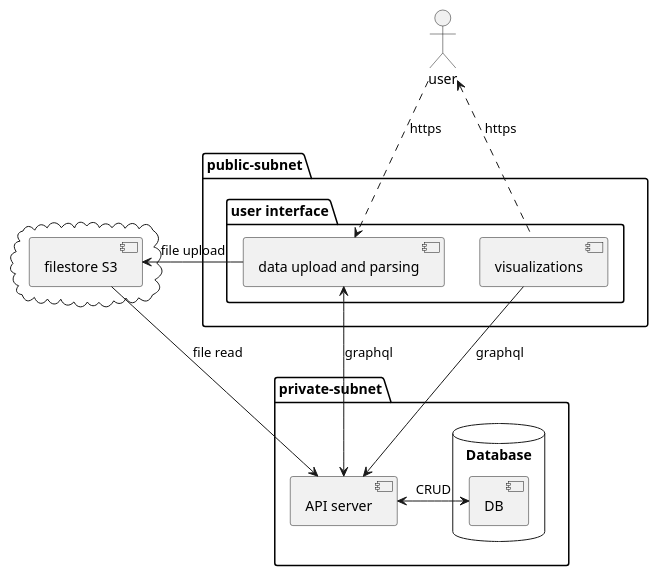
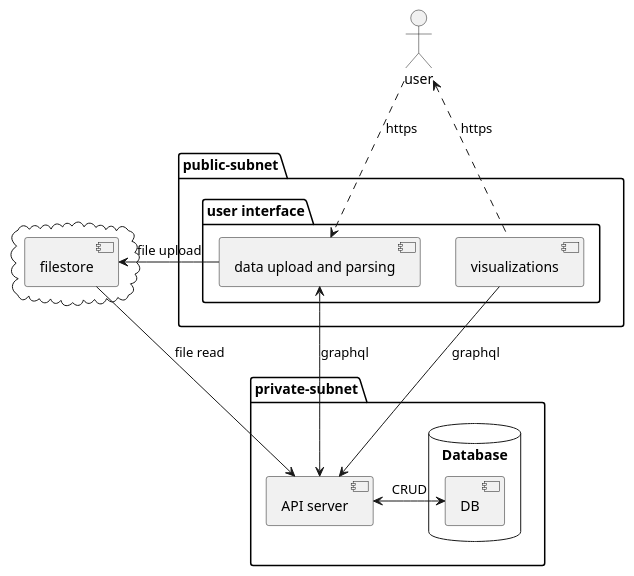
Before and after one commit to phylogeography/spread: the fifth of 5 diagrams in docs/hldd.org, drawn with PlantUML. The commit also changed other lines of this file and 2 other files, not shown here.

First line of the commit message:
edited documentation, adding a timeline (#2)

```diff
--- a/docs/hldd.org
+++ b/docs/hldd.org
@@ -535,37 +539,37 @@
 #+begin_src plantuml :file components.png
 actor "user"
 
 package "public-subnet" {
 
   package "user interface" {
     [data upload and parsing]
     [visualizations]
   }
 
 }
 
 cloud {
-  [filestore S3] as S3
+  [filestore] as S3
 }
 
 package "private-subnet" {
 
   database "Database" {
     [DB] as db
   }
 
   [API server] as API
 
 }
 
 user ..> [data upload and parsing] : https
 user <.. [visualizations] : https
 
 [data upload and parsing] -left-> S3 : file upload
 
 API <-- S3 : file read
 API <-> db : CRUD
 
 [data upload and parsing] <--> API : graphql
 [visualizations] --> API : graphql
 #+end_src
```
